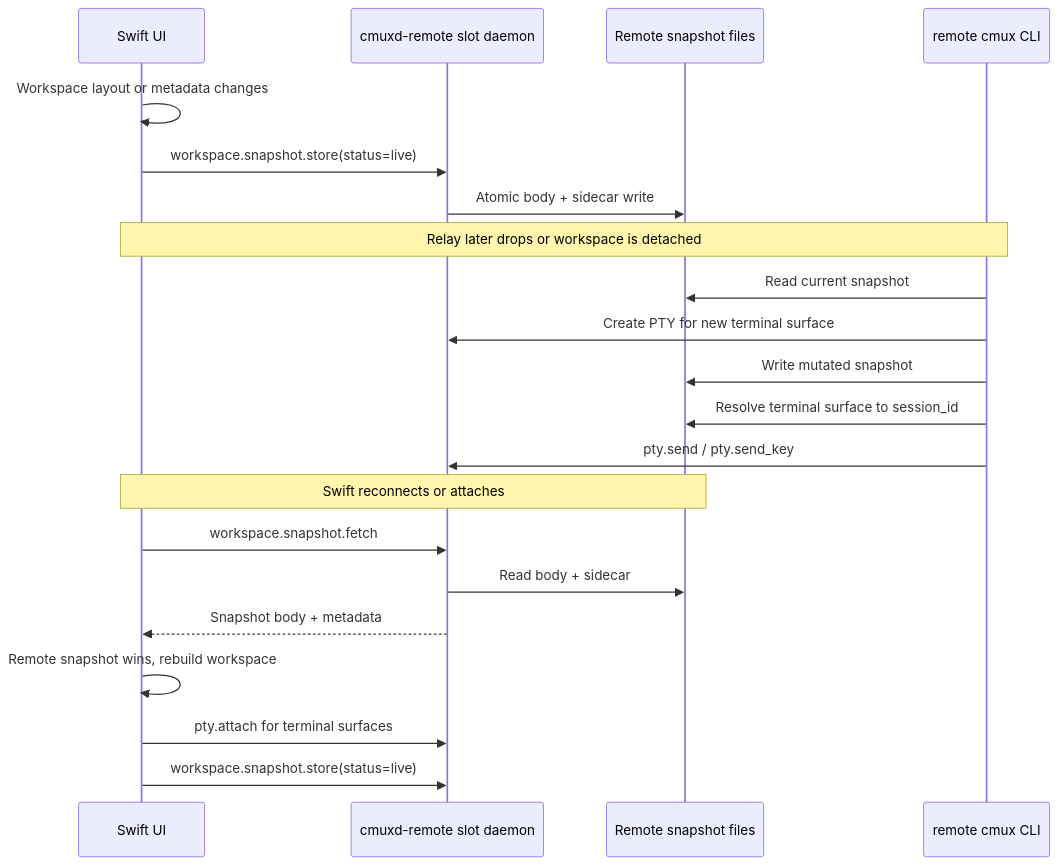
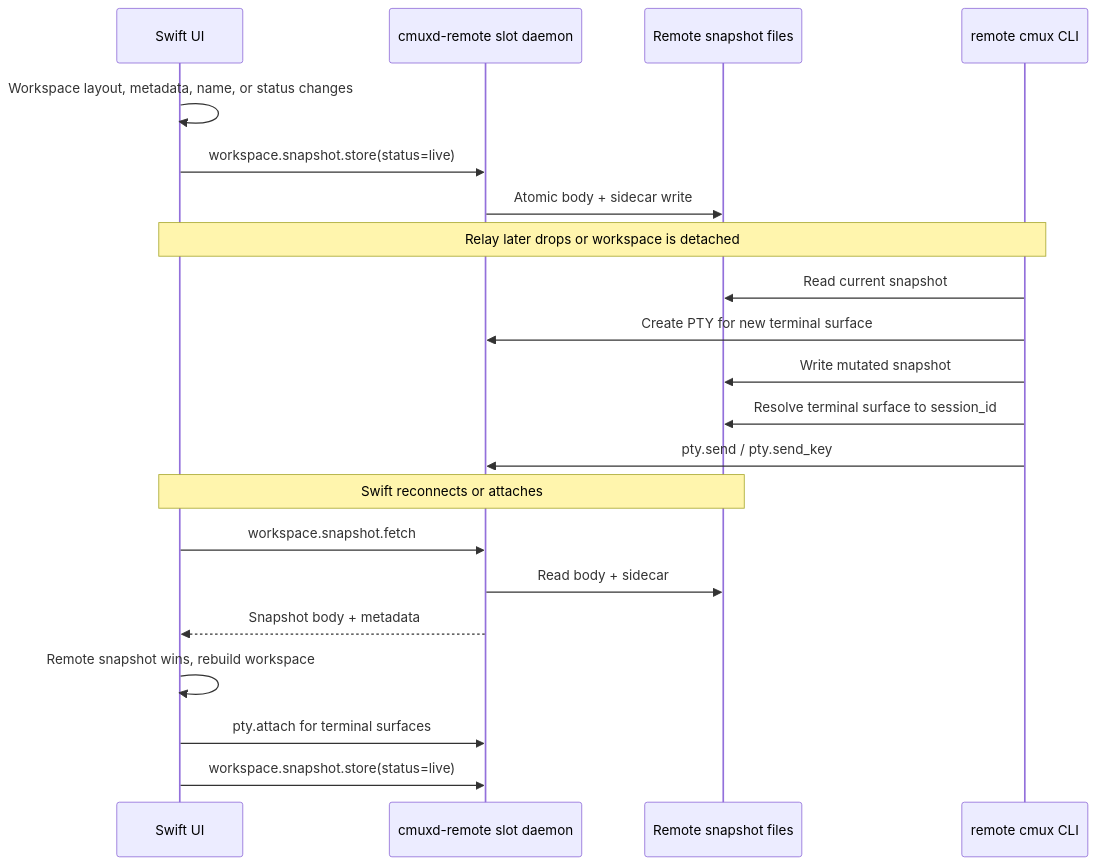
The third of 4 diagrams in docs/remote-workspace-detached-metadata-plan.md (edbordin-linktree/cmux), drawn with Mermaid before and after one commit. The commit also changed other lines of this file and 6 other files, not shown here.

````diff
--- a/docs/remote-workspace-detached-metadata-plan.md
+++ b/docs/remote-workspace-detached-metadata-plan.md
@@ -134,28 +135,28 @@
 ```mermaid
 sequenceDiagram
   participant Swift as Swift UI
   participant Daemon as cmuxd-remote slot daemon
   participant Snap as Remote snapshot files
   participant RemoteCLI as remote cmux CLI
 
-  Swift->>Swift: Workspace layout or metadata changes
+  Swift->>Swift: Workspace layout, metadata, name, or status changes
   Swift->>Daemon: workspace.snapshot.store(status=live)
   Daemon->>Snap: Atomic body + sidecar write
 
   Note over Swift,RemoteCLI: Relay later drops or workspace is detached
 
   RemoteCLI->>Snap: Read current snapshot
   RemoteCLI->>Daemon: Create PTY for new terminal surface
   RemoteCLI->>Snap: Write mutated snapshot
   RemoteCLI->>Snap: Resolve terminal surface to session_id
   RemoteCLI->>Daemon: pty.send / pty.send_key
 
   Note over Swift,Snap: Swift reconnects or attaches
 
   Swift->>Daemon: workspace.snapshot.fetch
   Daemon->>Snap: Read body + sidecar
   Daemon-->>Swift: Snapshot body + metadata
   Swift->>Swift: Remote snapshot wins, rebuild workspace
   Swift->>Daemon: pty.attach for terminal surfaces
   Swift->>Daemon: workspace.snapshot.store(status=live)
 ```
````
